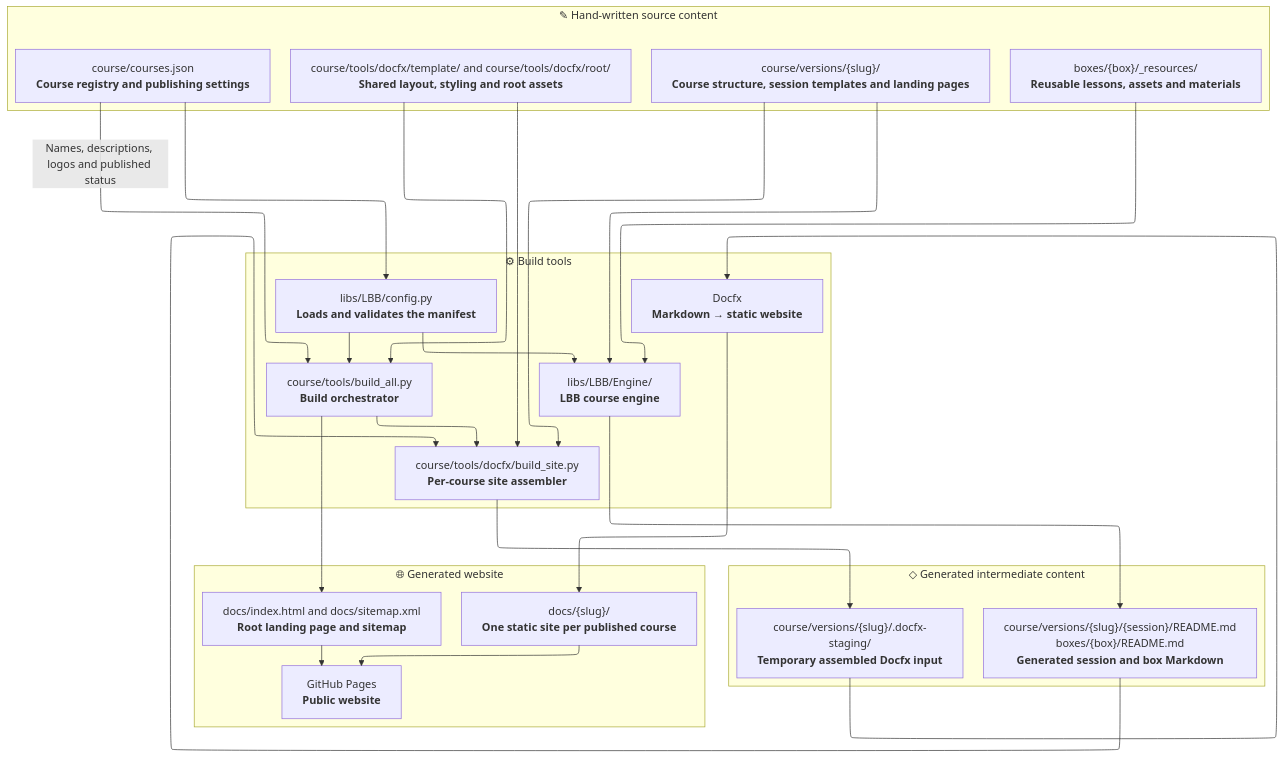
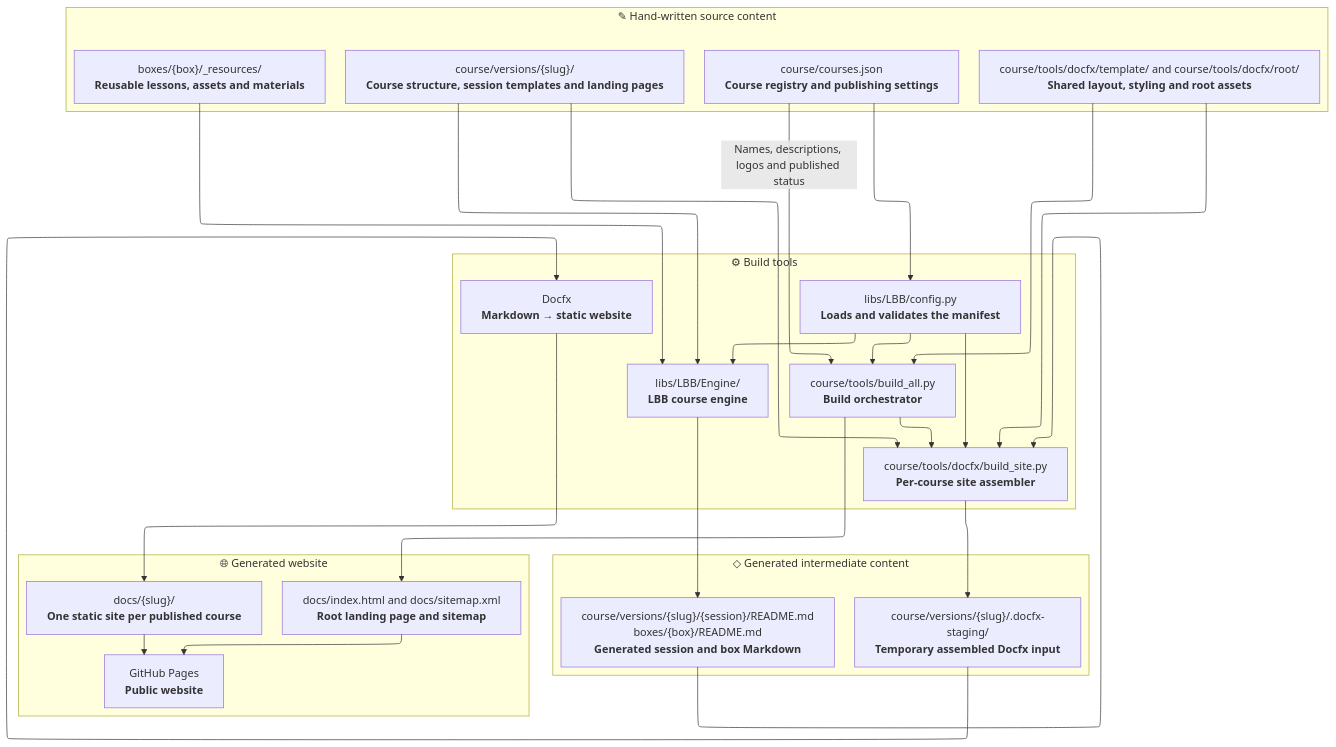
One commit to NoBlackBoxes/LastBlackBox changed the first of 2 diagrams in course/tools/docfx/README.md. Above: the diagram before and after it, drawn with Mermaid. The commit also changed other lines of this file and 13 other files, not shown here.

```diff
--- a/course/tools/docfx/README.md
+++ b/course/tools/docfx/README.md
@@ -70,6 +70,7 @@
     manifest --> config
     config --> orchestrator
     config --> engine
+    config --> site_builder
 
     versions --> engine
     boxes --> engine
```
